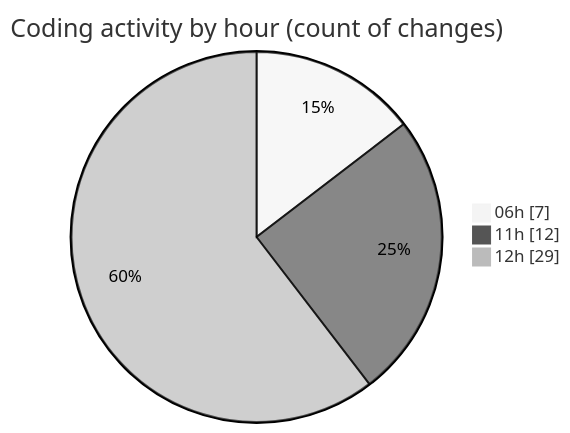
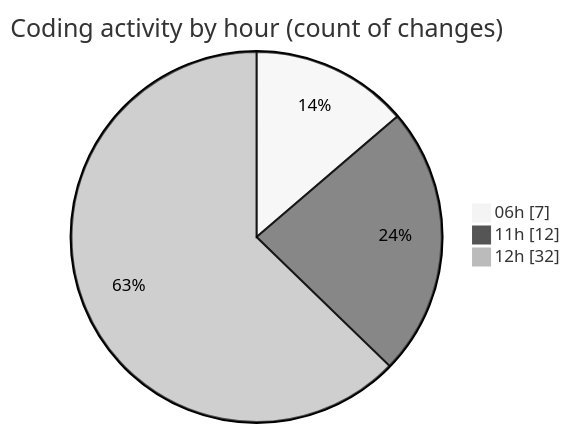
One commit to EIIisD/code-tracking changed the second of 2 diagrams in 2025-07-14/ribbon/README.md. Above: the diagram before and after it, drawn with Mermaid (neutral theme). The commit also changed other lines of this file and 1 other file, not shown here.

````diff
--- a/2025-07-14/ribbon/README.md
+++ b/2025-07-14/ribbon/README.md
@@ -49,7 +49,7 @@
 ```mermaid
 pie showData
 title Coding activity by hour (count of changes)
 "06h" : 7
 "11h" : 12
-"12h" : 29
+"12h" : 32
 ```
````
